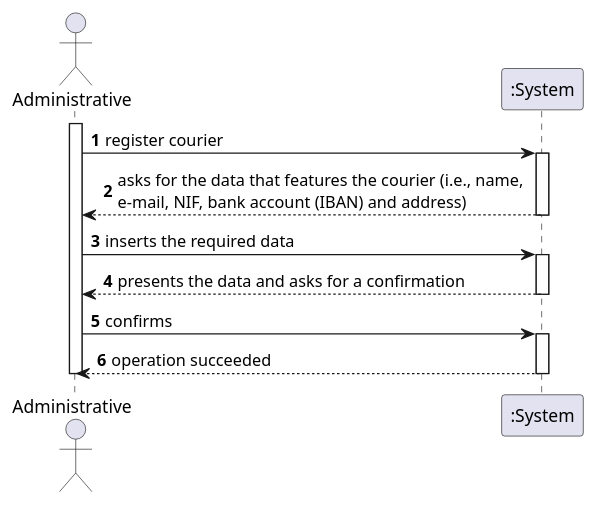
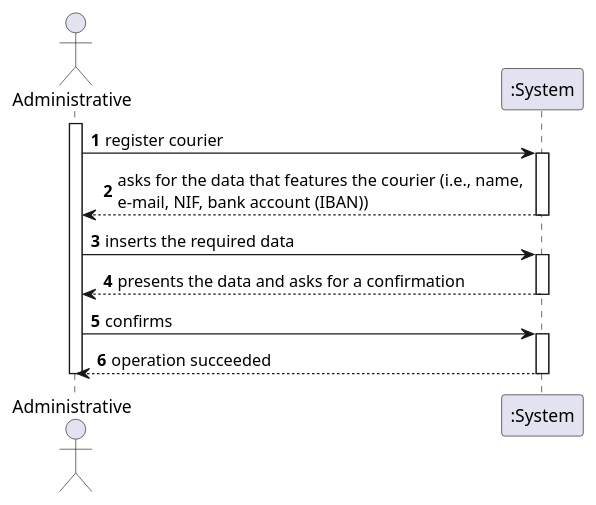
One commit to tiagoavcosta25/LAPR3 changed the diagram in docs/Iteration 1/Courier Management/US19_RegisterCourier/US19_SSD.puml. Above: the diagram before and after it, drawn with PlantUML. The commit also changed 12 other files, not shown here.

```diff
--- a/docs/Iteration 1/Courier Management/US19_RegisterCourier/US19_SSD.puml
+++ b/docs/Iteration 1/Courier Management/US19_RegisterCourier/US19_SSD.puml
@@ -1,23 +1,23 @@
 @startuml
 autonumber
 actor "Administrative" as ADM
 
 activate ADM
 ADM -> ":System" : register courier
 activate ":System"
-":System" --> ADM : asks for the data that features the courier (i.e., name, \ne-mail, NIF, bank account (IBAN) and address)
+":System" --> ADM : asks for the data that features the courier (i.e., name, \ne-mail, NIF, bank account (IBAN))
 deactivate ":System"
 
 
 ADM -> ":System" : inserts the required data
 activate ":System"
 ":System" --> ADM : presents the data and asks for a confirmation
 deactivate ":System"
 
 ADM -> ":System" : confirms
 activate ":System"
 ":System" --> ADM : operation succeeded
 deactivate ":System"
 
 deactivate ADM
 @enduml
```
